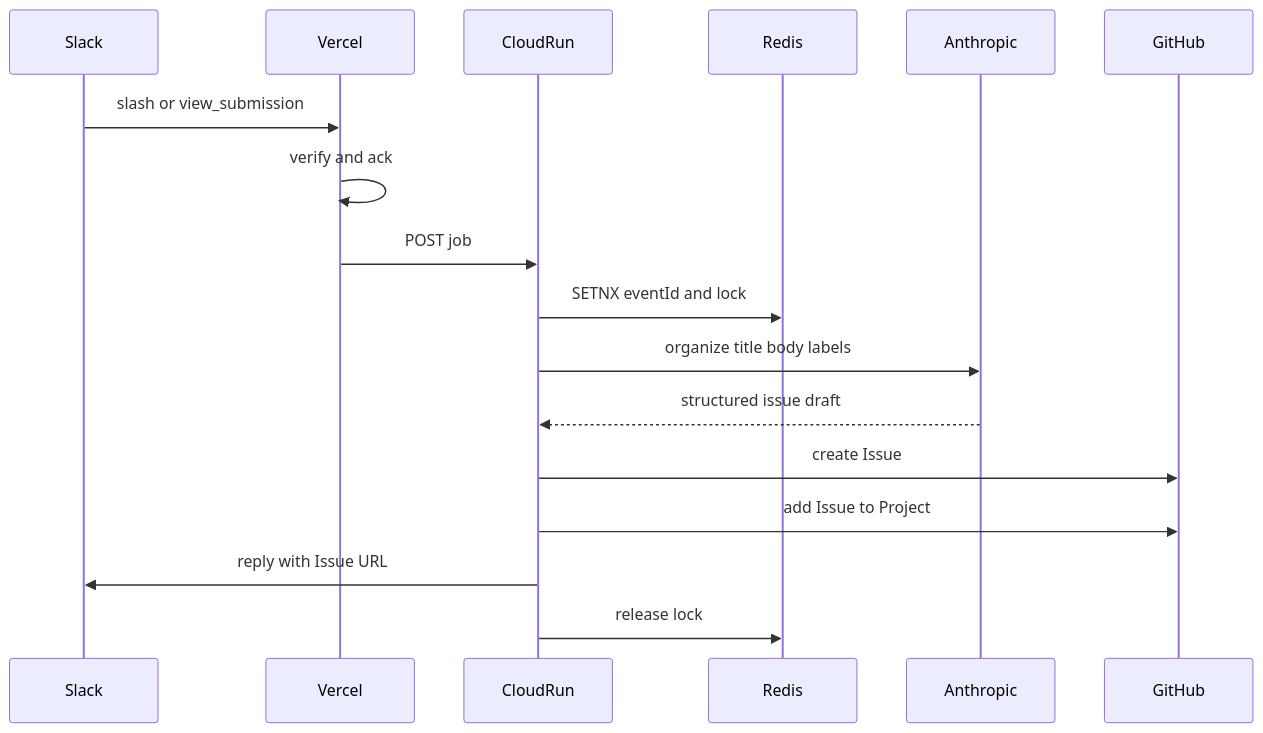
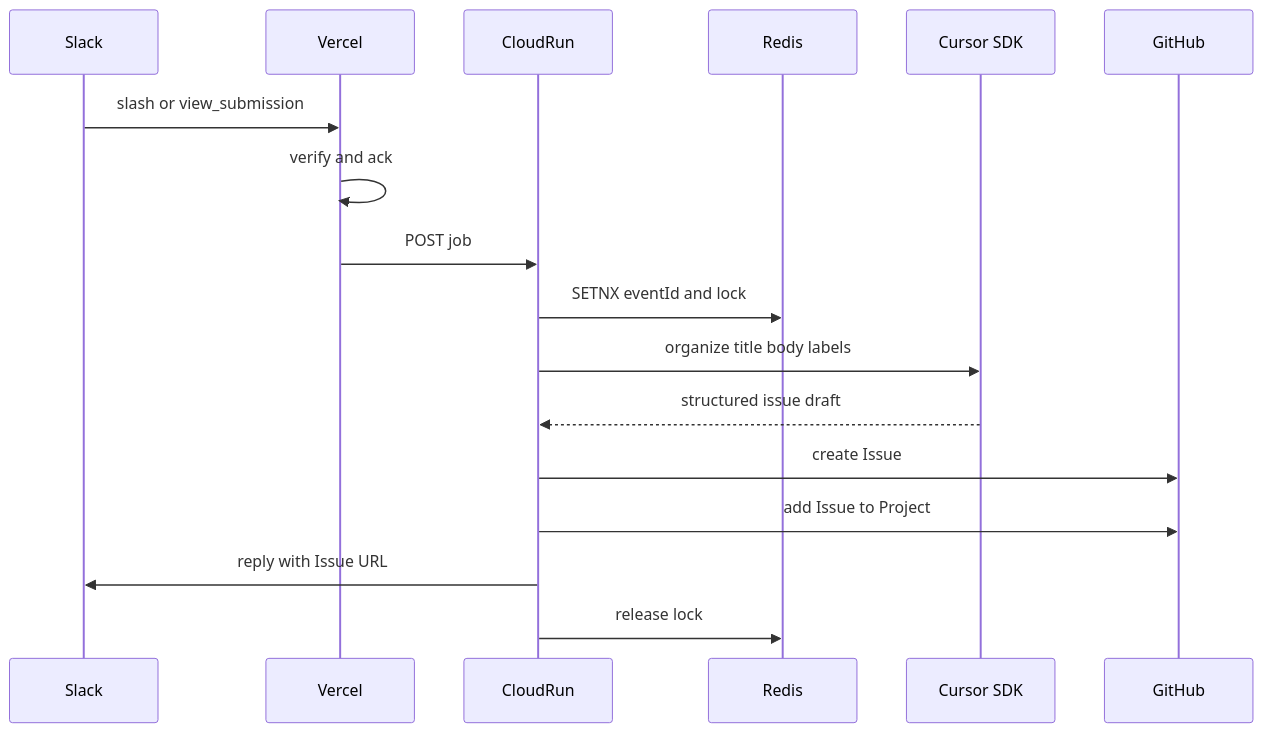
One commit to tentaShiratori/slack-ai-agent changed the third of 5 diagrams in docs/architecture.md. Above: the diagram before and after it, drawn with Mermaid. The commit also changed other lines of this file and 12 other files, not shown here.

````diff
--- a/docs/architecture.md
+++ b/docs/architecture.md
@@ -97,20 +97,20 @@
 ```mermaid
 sequenceDiagram
   participant Slack
   participant Vercel
   participant Run as CloudRun
   participant Redis
-  participant Claude as Anthropic
+  participant Cursor as Cursor SDK
   participant GH as GitHub
 
   Slack->>Vercel: slash or view_submission
   Vercel->>Vercel: verify and ack
   Vercel->>Run: POST job
   Run->>Redis: SETNX eventId and lock
-  Run->>Claude: organize title body labels
-  Claude-->>Run: structured issue draft
+  Run->>Cursor: organize title body labels
+  Cursor-->>Run: structured issue draft
   Run->>GH: create Issue
   Run->>GH: add Issue to Project
   Run->>Slack: reply with Issue URL
   Run->>Redis: release lock
 ```
````
